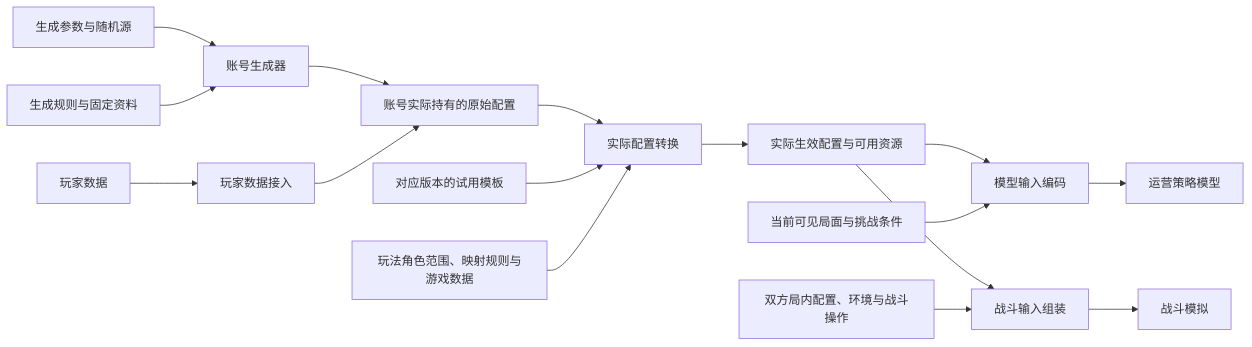
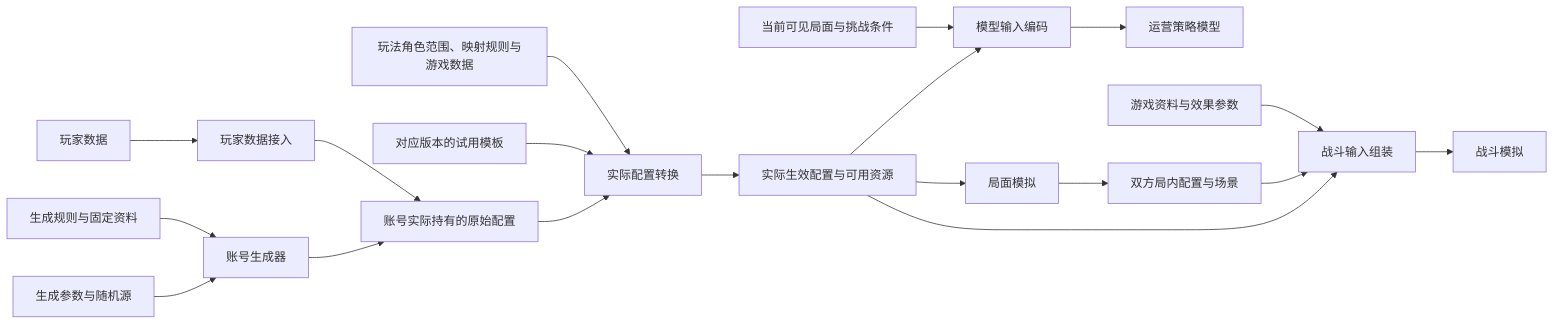
The diagram in docs/modules/account-generation/data-flow.md (Sakura-Ex/Hyacimicon), drawn with Mermaid before and after one commit. The commit also changed other lines of this file and 56 other files, not shown here.

````diff
--- a/docs/modules/account-generation/data-flow.md
+++ b/docs/modules/account-generation/data-flow.md
@@ -9,18 +9,21 @@
 ```mermaid
 flowchart LR
     request[生成参数与随机源] --> generator[账号生成器]
     generationRules[生成规则与固定资料] --> generator
     generator --> raw[账号实际持有的原始配置]
     player[玩家数据] --> playerInput[玩家数据接入]
     playerInput --> raw
     raw --> convert[实际配置转换]
     trial[对应版本的试用模板] --> convert
     gameRules[玩法角色范围、映射规则与游戏数据] --> convert
     convert --> effective[实际生效配置与可用资源]
     effective --> encode[模型输入编码]
     observation[当前可见局面与挑战条件] --> encode
     encode --> model[运营策略模型]
+    effective --> run[局面模拟]
+    run --> encounter[双方局内配置与场景]
     effective --> assemble[战斗输入组装]
-    encounter[双方局内配置、环境与战斗操作] --> assemble
+    encounter --> assemble
+    battleData[游戏资料与效果参数] --> assemble
     assemble --> battle[战斗模拟]
 ```
````
